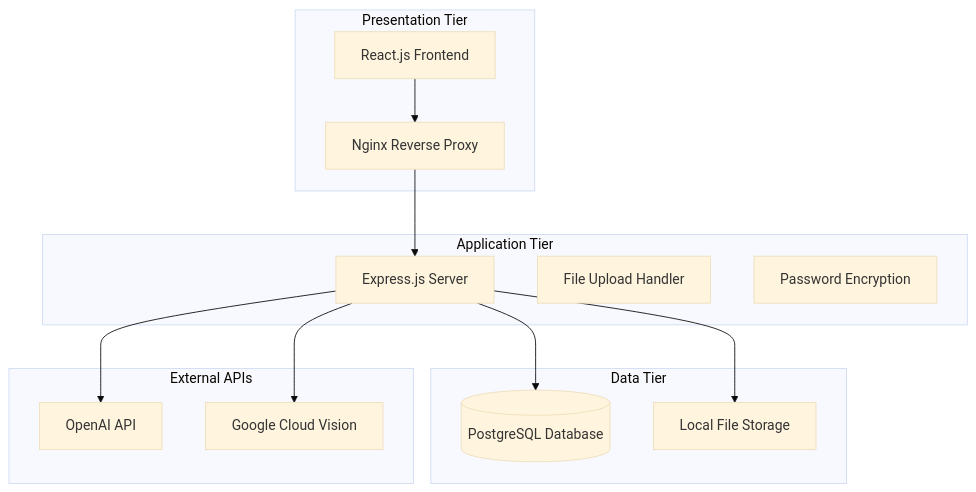
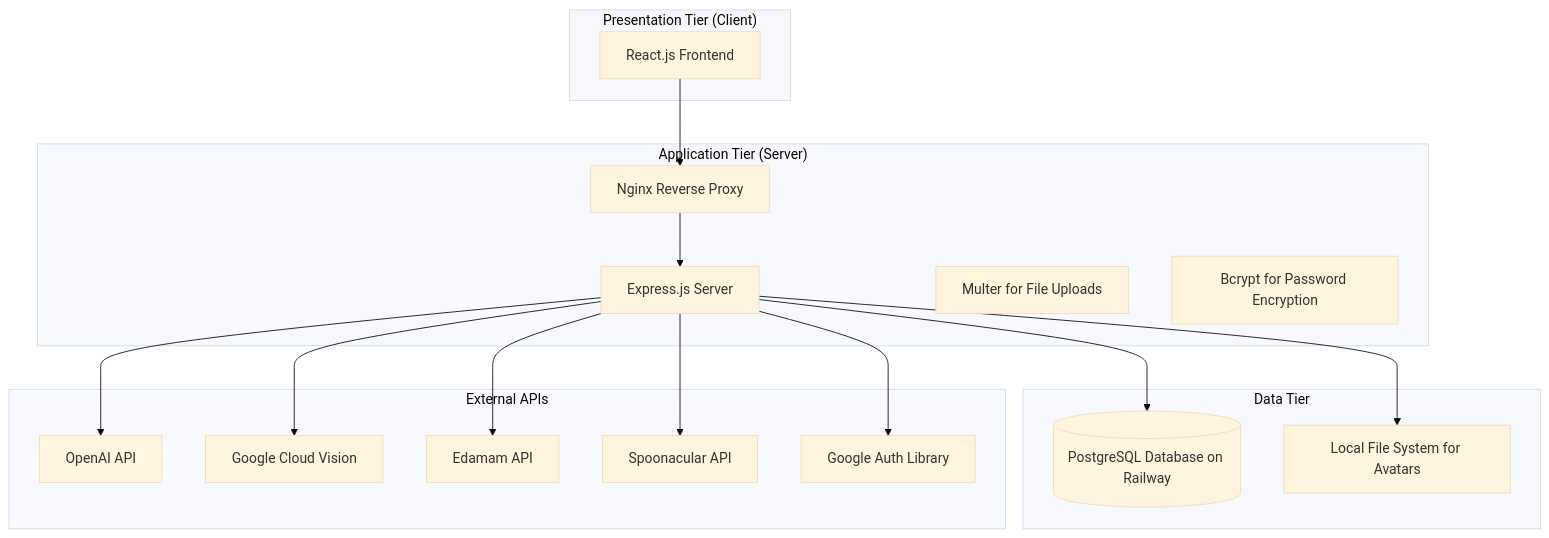
The second of 12 diagrams in doc/diagram.md (phatcharat/Sous_Cook), drawn with Mermaid (base theme) before and after one commit. The commit also changed other lines of this file and 7 other files, not shown here.

````diff
--- a/doc/diagram.md
+++ b/doc/diagram.md
@@ -71,30 +64,36 @@
 ```mermaid
 graph TB
-    subgraph "Presentation Tier"
+    subgraph "Presentation Tier (Client)"
         REACT[React.js Frontend]
+    end
+
+    subgraph "Application Tier (Server)"
         NGINX[Nginx Reverse Proxy]
+        EXPRESS[Express.js Server]
+        MULTER[Multer for File Uploads]
+        BCRYPT[Bcrypt for Password Encryption]
     end
-    
-    subgraph "Application Tier"
-        EXPRESS[Express.js Server]
-        MULTER[File Upload Handler]
-        BCRYPT[Password Encryption]
+
+    subgraph "Data Tier"
+        POSTGRES[(PostgreSQL Database on Railway)]
+        UPLOADS[Local File System for Avatars]
     end
-    
-    subgraph "Data Tier"
-        POSTGRES[(PostgreSQL Database)]
-        UPLOADS[Local File Storage]
+
+    subgraph "External APIs"
+        OPENAI_API[OpenAI API]
+        GVISION[Google Cloud Vision]
+        EDAMAM_API[Edamam API]
+        SPOONACULAR_API[Spoonacular API]
+        GOOGLE_AUTH[Google Auth Library]
     end
-    
-    subgraph "External APIs"
-        OPENAI[OpenAI API]
-        GVISION[Google Cloud Vision]
-    end
-    
+
     REACT --> NGINX
     NGINX --> EXPRESS
     EXPRESS --> POSTGRES
     EXPRESS --> UPLOADS
-    EXPRESS --> OPENAI
+    EXPRESS --> OPENAI_API
     EXPRESS --> GVISION
+    EXPRESS --> EDAMAM_API
+    EXPRESS --> SPOONACULAR_API
+    EXPRESS --> GOOGLE_AUTH
 ```
````
